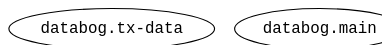
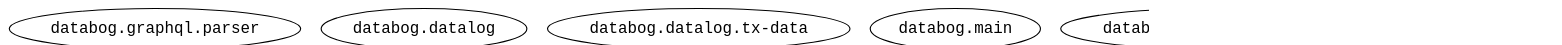
Before and after one commit to iwillig/databog: the diagram in images/ns-hierarchy/namespaces.dot, drawn with Graphviz. The commit also changed 2 other files, not shown here.

Commit message:
Type GraphQL parser

```diff
--- a/images/ns-hierarchy/namespaces.dot
+++ b/images/ns-hierarchy/namespaces.dot
@@ -1,8 +1,12 @@
 digraph {
 graph[dpi=100, rankdir=TP]
 node[fontname="Monospace"]
 edge[fontname="Monospace"]
 
-node1586[label="databog.tx-data", style=solid]
-node1587[label="databog.main", style=solid]
+node1586[label="databog.graphql.parser", style=solid]
+node1587[label="databog.datalog", style=solid]
+node1588[label="databog.datalog.tx-data", style=solid]
+node1589[label="databog.main", style=solid]
+node1590[label="databog.graphql.printer", style=solid]
+node1591[label="databog.graphql", style=solid]
 }
```
